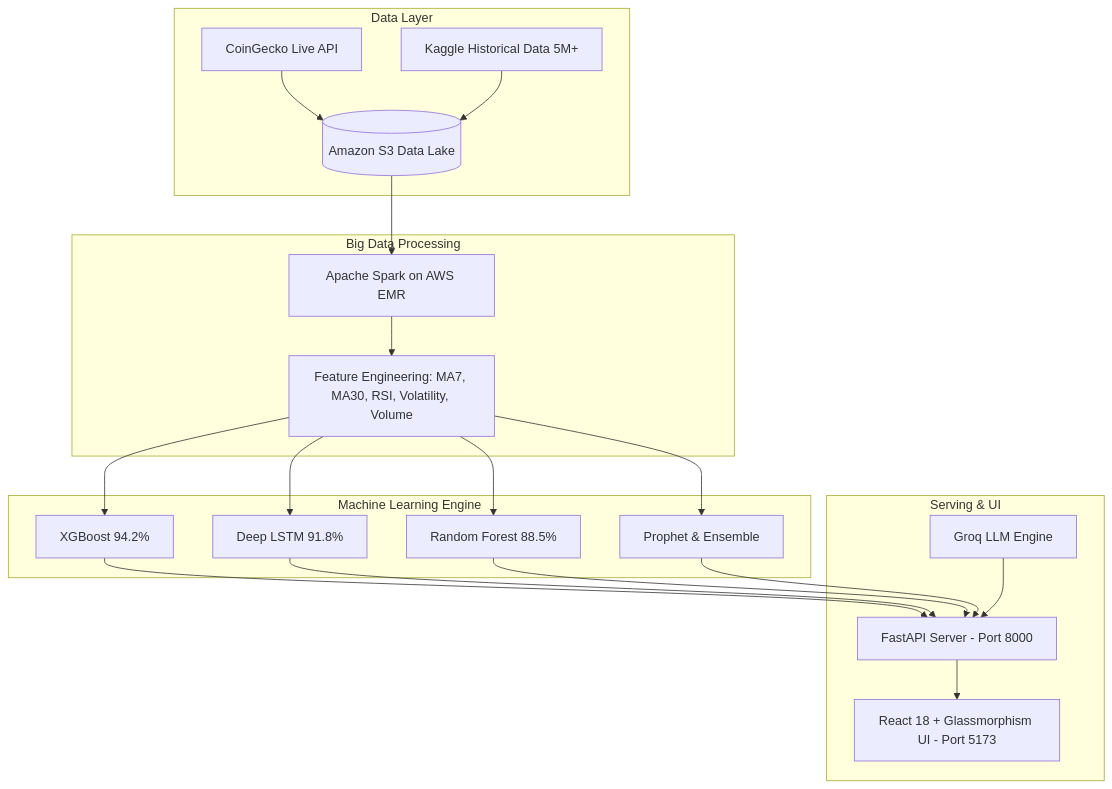
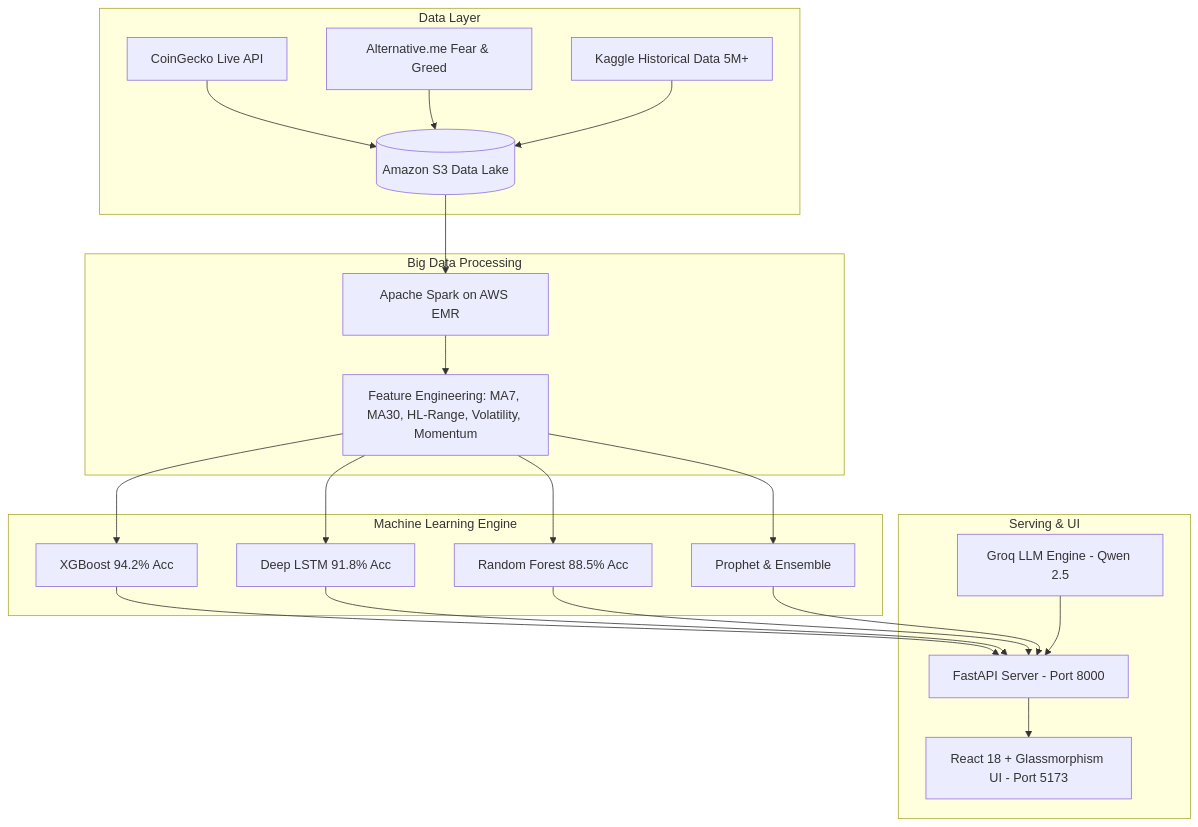
Before and after one commit to Parth-1603/CryptoSparkAI: the diagram in README.md, drawn with Mermaid. The commit also changed other lines of this file and 3 other files, not shown here.

````diff
--- a/README.md
+++ b/README.md
@@ -27,24 +27,24 @@
 ```mermaid
 graph TD
     subgraph Data Layer
-        A1[CoinGecko Live API] & A2[Kaggle Historical Data 5M+] --> S3[(Amazon S3 Data Lake)]
+        A1[CoinGecko Live API] & A2[Alternative.me Fear & Greed] & A3[Kaggle Historical Data 5M+] --> S3[(Amazon S3 Data Lake)]
     end
 
     subgraph Big Data Processing
         S3 --> EMR[Apache Spark on AWS EMR]
-        EMR --> FE[Feature Engineering: MA7, MA30, RSI, Volatility, Volume]
+        EMR --> FE[Feature Engineering: MA7, MA30, HL-Range, Volatility, Momentum]
     end
 
     subgraph Machine Learning Engine
-        FE --> M1[XGBoost 94.2%]
-        FE --> M2[Deep LSTM 91.8%]
-        FE --> M3[Random Forest 88.5%]
+        FE --> M1[XGBoost 94.2% Acc]
+        FE --> M2[Deep LSTM 91.8% Acc]
+        FE --> M3[Random Forest 88.5% Acc]
         FE --> M4[Prophet & Ensemble]
     end
 
     subgraph Serving & UI
         M1 & M2 & M3 & M4 --> API[FastAPI Server - Port 8000]
-        GROQ[Groq LLM Engine] --> API
+        GROQ[Groq LLM Engine - Qwen 2.5] --> API
         API --> UI[React 18 + Glassmorphism UI - Port 5173]
     end
 ```
````
